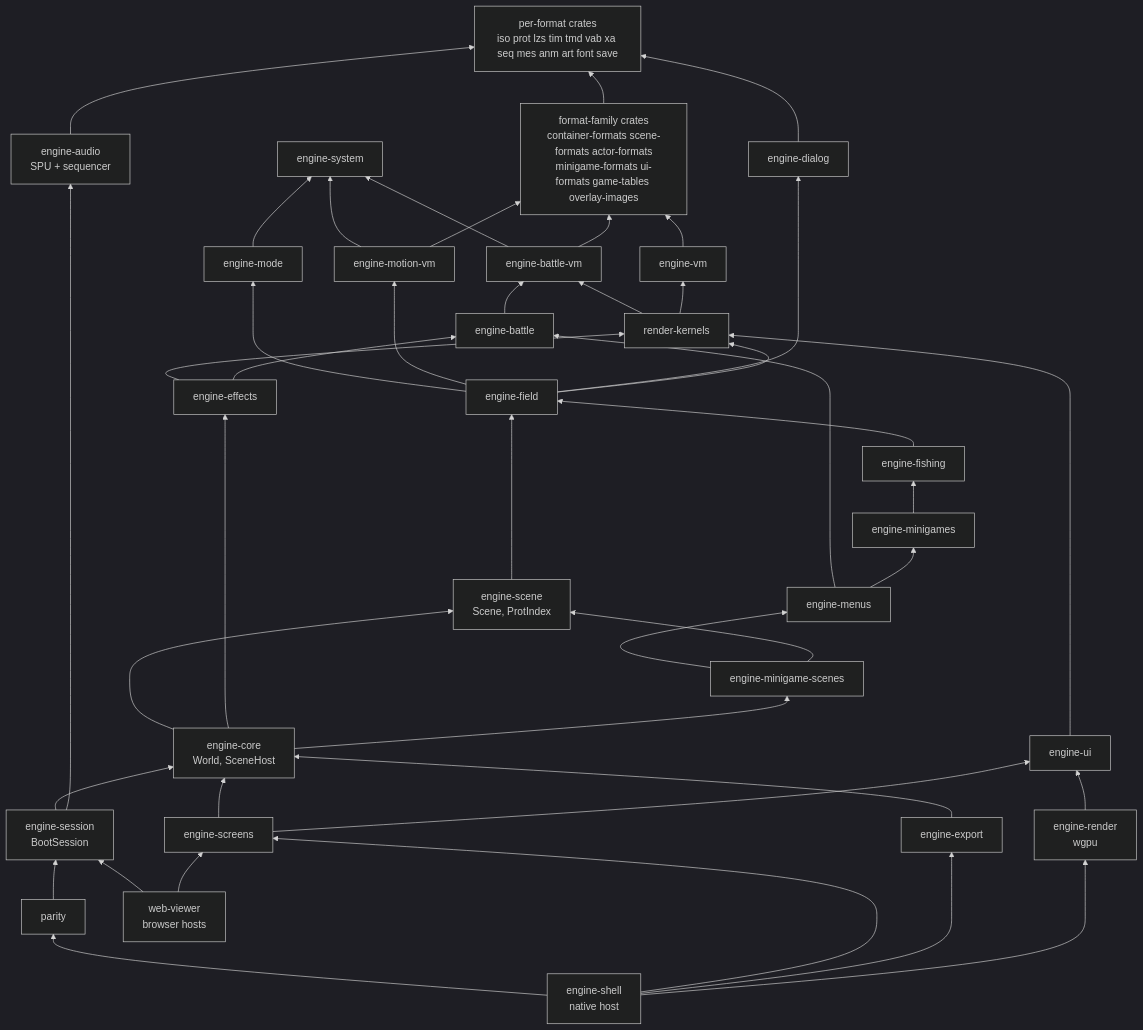
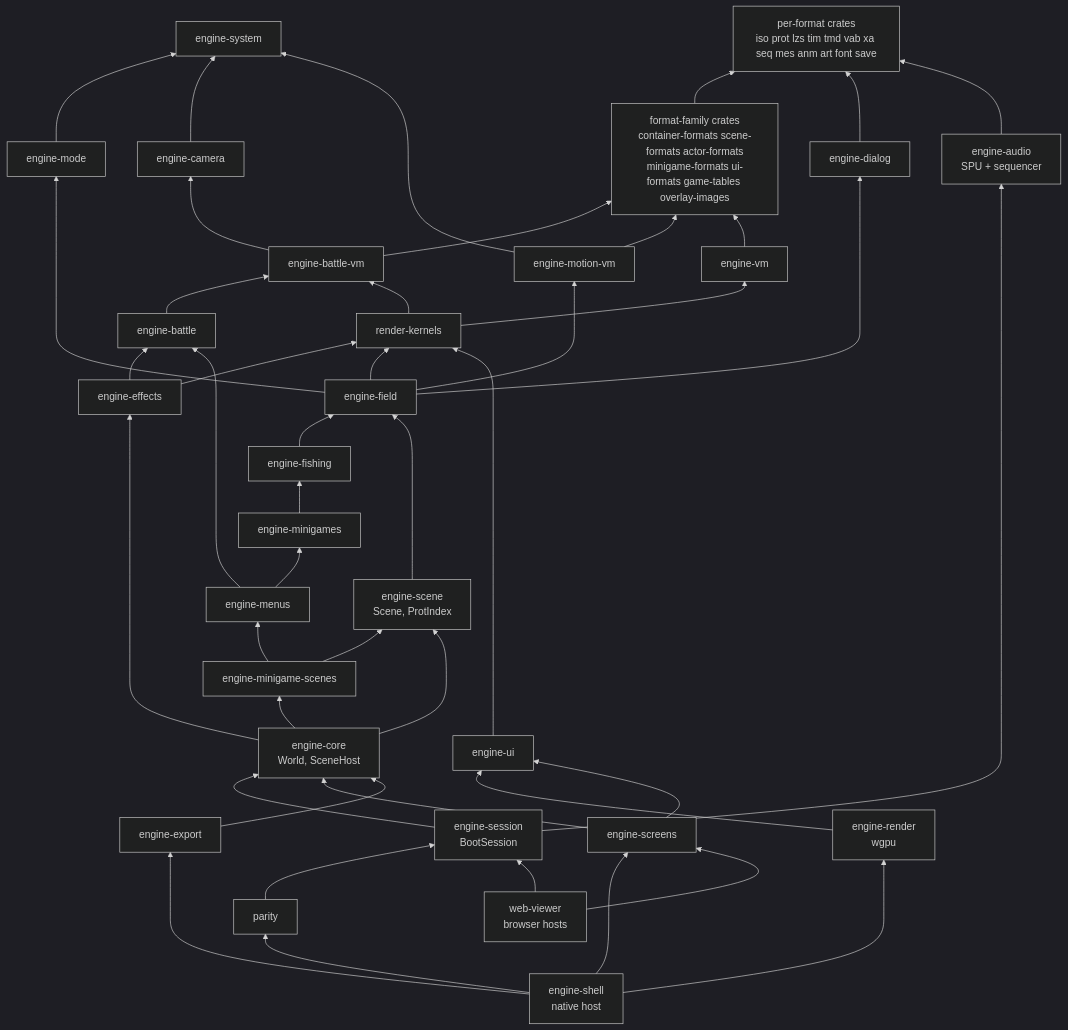
The first of 4 diagrams in docs/subsystems/engine.md (AndrewAltimit/legend-of-legaia-re), drawn with Mermaid (dark theme) before and after one commit. The commit also changed other lines of this file and 113 other files, not shown here.

First line of the commit message:
Split the shared GTE camera out of engine-battle-vm into engine-camera

````diff
--- a/docs/subsystems/engine.md
+++ b/docs/subsystems/engine.md
@@ -41,73 +41,75 @@
 ```mermaid
 flowchart BT
     FMT["per-format crates<br/>iso prot lzs tim tmd vab xa seq mes anm art font save"]
     FAM["format-family crates<br/>container-formats scene-formats actor-formats<br/>minigame-formats ui-formats game-tables overlay-images"]
     ESYS["engine-system"]
     EMODE["engine-mode"]
     EDLG["engine-dialog"]
+    ECAM["engine-camera"]
     EBV["engine-battle-vm"]
     EMV["engine-motion-vm"]
     EVM["engine-vm"]
     EB["engine-battle"]
     RK["render-kernels"]
     EFX["engine-effects"]
     EFIELD["engine-field"]
     EFISH["engine-fishing"]
     EMG["engine-minigames"]
     EMENU["engine-menus"]
     EMGS["engine-minigame-scenes"]
     ESCN["engine-scene<br/>Scene, ProtIndex"]
     CORE["engine-core<br/>World, SceneHost"]
     EUI["engine-ui"]
     EREN["engine-render<br/>wgpu"]
     EAUD["engine-audio<br/>SPU + sequencer"]
     SESS["engine-session<br/>BootSession"]
     SCR["engine-screens"]
     EXP["engine-export"]
     PAR["parity"]
     SHELL["engine-shell<br/>native host"]
     WEB["web-viewer<br/>browser hosts"]
 
     FAM --> FMT
     EDLG --> FMT
     EMODE --> ESYS
-    EBV --> ESYS
+    ECAM --> ESYS
+    EBV --> ECAM
     EBV --> FAM
     EMV --> ESYS
     EMV --> FAM
     EVM --> FAM
     EB --> EBV
     RK --> EBV
     RK --> EVM
     EFX --> RK
     EFX --> EB
     EFIELD --> EMODE
     EFIELD --> EMV
     EFIELD --> EDLG
     EFIELD --> RK
     EMENU --> EB
     EFISH --> EFIELD
     EMG --> EFISH
     EMENU --> EMG
     EMGS --> EMENU
     EMGS --> ESCN
     ESCN --> EFIELD
     CORE --> ESCN
     CORE --> EFX
     CORE --> EMGS
     EUI --> RK
     EREN --> EUI
     EAUD --> FMT
     SESS --> CORE
     SESS --> EAUD
     SCR --> CORE
     SCR --> EUI
     PAR --> SESS
     SHELL --> PAR
     SHELL --> SCR
     SHELL --> EXP
     EXP --> CORE
     SHELL --> EREN
     WEB --> SESS
     WEB --> SCR
 ```
````
